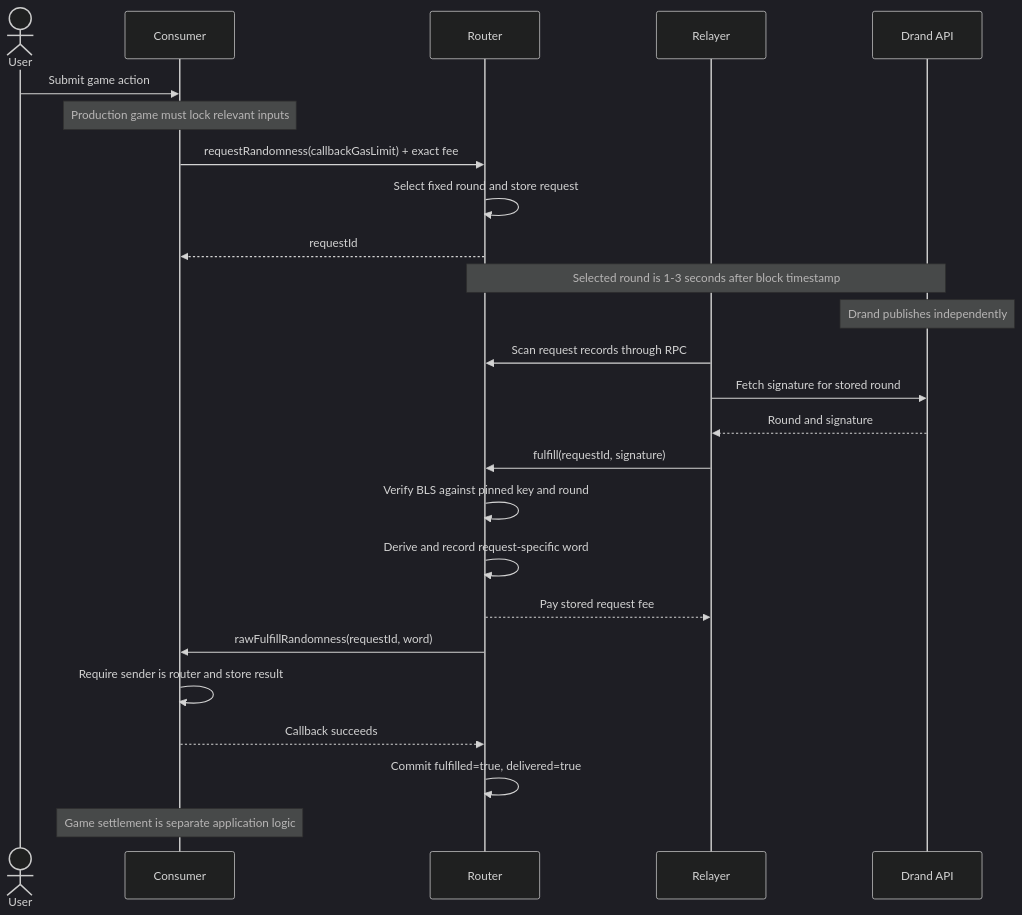
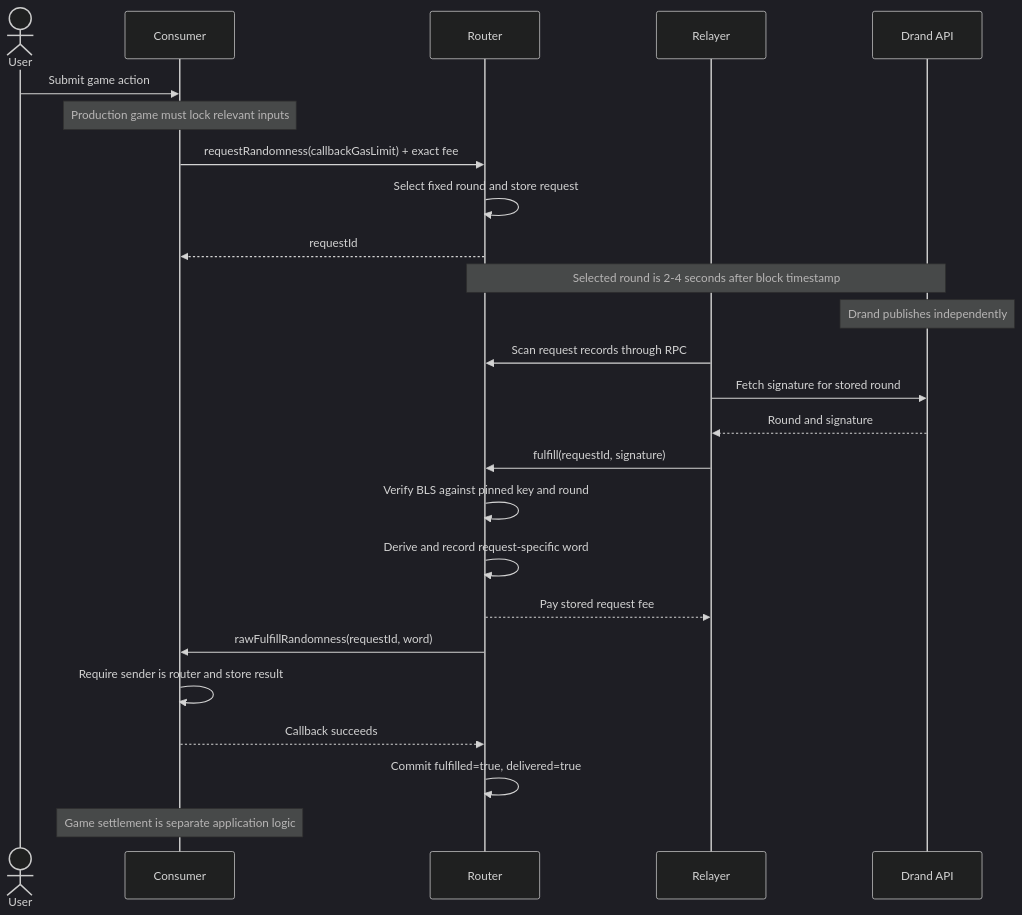
The second of 3 diagrams in docs/architecture.md (Robinhood-OSS/OpenVRF), drawn with Mermaid (dark theme) before and after one commit. The commit also changed 12 other files, not shown here.

Commit message:
Select earliest drand round at least two seconds ahead

````diff
--- a/docs/architecture.md
+++ b/docs/architecture.md
@@ -58,27 +58,27 @@
 ```mermaid
 sequenceDiagram
     actor U as User
     participant C as Consumer
     participant R as Router
     participant L as Relayer
     participant D as Drand API
     U->>C: Submit game action
     Note over C: Production game must lock relevant inputs
     C->>R: requestRandomness(callbackGasLimit) + exact fee
     R->>R: Select fixed round and store request
     R-->>C: requestId
-    Note over R,D: Selected round is 1-3 seconds after block timestamp
+    Note over R,D: Selected round is 2-4 seconds after block timestamp
     Note over D: Drand publishes independently
     L->>R: Scan request records through RPC
     L->>D: Fetch signature for stored round
     D-->>L: Round and signature
     L->>R: fulfill(requestId, signature)
     R->>R: Verify BLS against pinned key and round
     R->>R: Derive and record request-specific word
     R-->>L: Pay stored request fee
     R->>C: rawFulfillRandomness(requestId, word)
     C->>C: Require sender is router and store result
     C-->>R: Callback succeeds
     R->>R: Commit fulfilled=true, delivered=true
     Note over C: Game settlement is separate application logic
 ```
````
